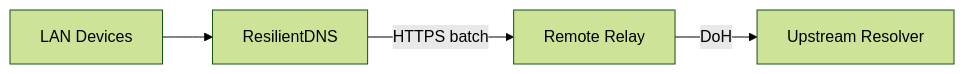
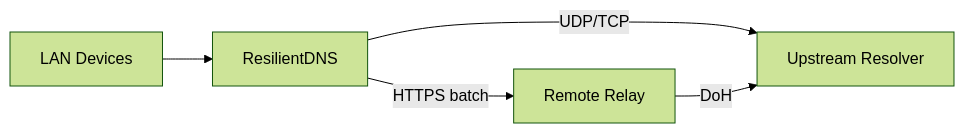
Before and after one commit to amirpooyan-r/resilient-dns: the diagram in docs/architecture.md, drawn with Mermaid (forest theme). The commit also changed 3 other files, not shown here.

First line of the commit message:
docs: align landing pages and roadmap with shipped features

````diff
--- a/docs/architecture.md
+++ b/docs/architecture.md
@@ -13,6 +13,7 @@
 ```mermaid
 flowchart LR
   A[LAN Devices] --> B[ResilientDNS]
+  B -->|UDP/TCP| D[Upstream Resolver]
   B -->|HTTPS batch| C[Remote Relay]
-  C -->|DoH| D[Upstream Resolver]
+  C -->|DoH| D
 ```
````
